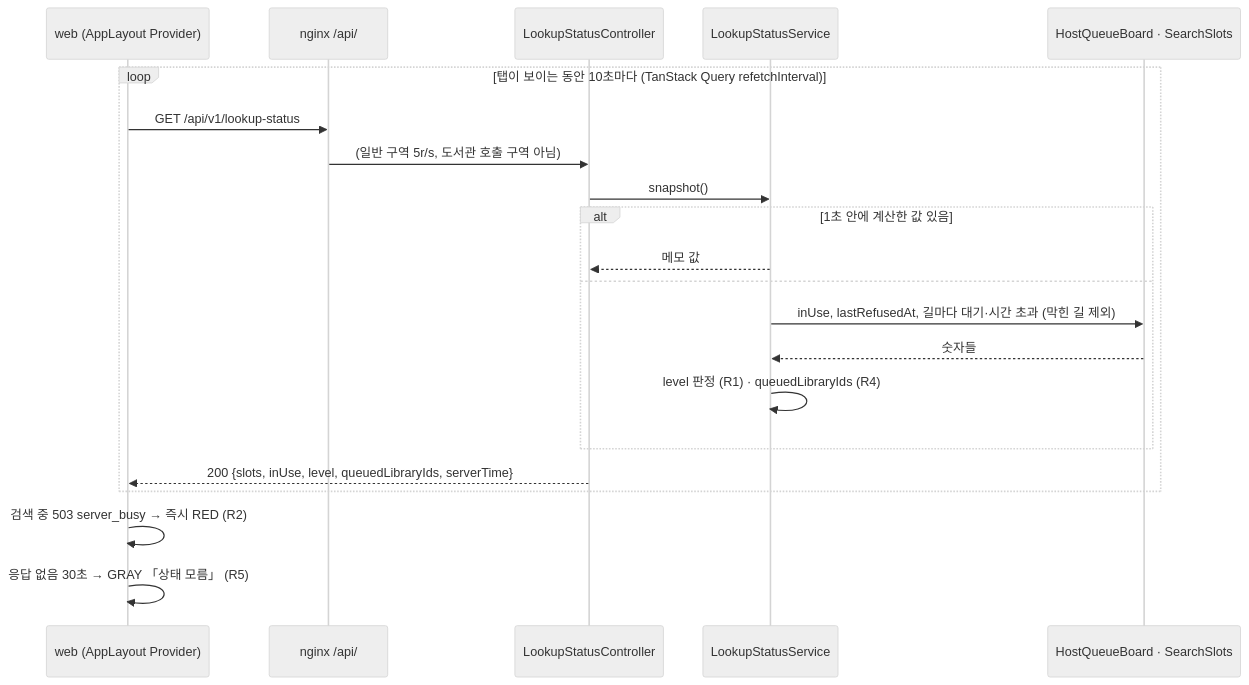
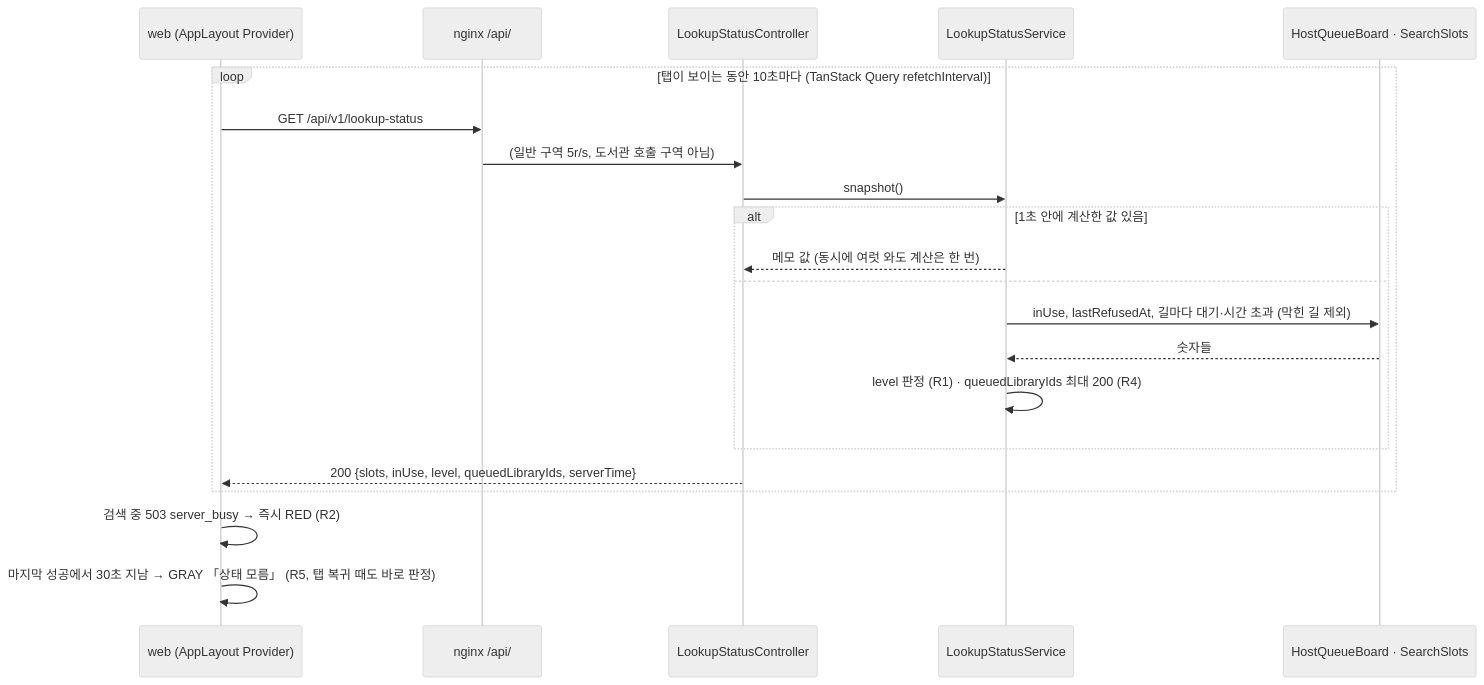
One commit to hodu-sketch/chaekcheck-plan changed the second of 6 diagrams in docs/cycles/20-lookup-status-and-extension/design-delta.md. Above: the diagram before and after it, drawn with Mermaid (neutral theme). The commit also changed other lines of this file and 8 other files, not shown here.

Commit message:
cycle 20: three-angle review (user, server resources, security/stability) - fixes applied to design-delta/spec/flow/scope/ADR-0119, 19 decisions on review page; old design-delta page closed

````diff
--- a/docs/cycles/20-lookup-status-and-extension/design-delta.md
+++ b/docs/cycles/20-lookup-status-and-extension/design-delta.md
@@ -37,23 +38,23 @@
 ```mermaid
 sequenceDiagram
   participant W as web (AppLayout Provider)
   participant N as nginx /api/
   participant C as LookupStatusController
   participant S as LookupStatusService
   participant B as HostQueueBoard · SearchSlots
   loop 탭이 보이는 동안 10초마다 (TanStack Query refetchInterval)
     W->>N: GET /api/v1/lookup-status
     N->>C: (일반 구역 5r/s, 도서관 호출 구역 아님)
     C->>S: snapshot()
     alt 1초 안에 계산한 값 있음
-      S-->>C: 메모 값
+      S-->>C: 메모 값 (동시에 여럿 와도 계산은 한 번)
     else
       S->>B: inUse, lastRefusedAt, 길마다 대기·시간 초과 (막힌 길 제외)
       B-->>S: 숫자들
-      S->>S: level 판정 (R1) · queuedLibraryIds (R4)
+      S->>S: level 판정 (R1) · queuedLibraryIds 최대 200 (R4)
     end
     C-->>W: 200 {slots, inUse, level, queuedLibraryIds, serverTime}
   end
   W->>W: 검색 중 503 server_busy → 즉시 RED (R2)
-  W->>W: 응답 없음 30초 → GRAY 「상태 모름」 (R5)
+  W->>W: 마지막 성공에서 30초 지남 → GRAY 「상태 모름」 (R5, 탭 복귀 때도 바로 판정)
 ```
````
